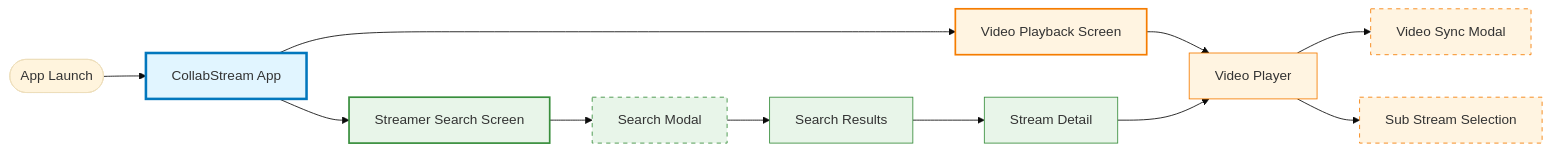
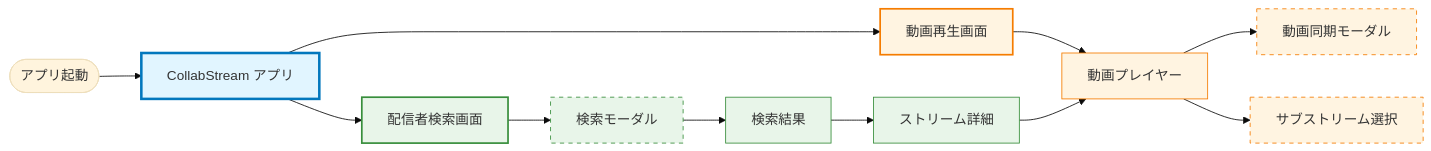
Before and after one commit to saki0000/collab-stream: the diagram in docs/screen-navigation.md, drawn with Mermaid (base theme). The commit also changed other lines of this file and 6 other files, not shown here.

````diff
--- a/docs/screen-navigation.md
+++ b/docs/screen-navigation.md
@@ -11,36 +11,36 @@
 ```mermaid
 graph LR
-    Start([App Launch])
+    Start([アプリ起動])
 
-    Start --> App[CollabStream App]
+    Start --> App[CollabStream アプリ]
 
-    App --> VideoPlayback[Video Playback Screen]
-    App --> StreamerSearch[Streamer Search Screen]
+    App --> VideoPlayback[動画再生画面]
+    App --> StreamerSearch[配信者検索画面]
 
-    %% Video Playback Feature
-    VideoPlayback --> VideoPlayer[Video Player]
-    VideoPlayer --> VideoSync[Video Sync Modal]
-    VideoPlayer --> SubStreamModal[Sub Stream Selection]
+    %% 動画再生機能
+    VideoPlayback --> VideoPlayer[動画プレイヤー]
+    VideoPlayer --> VideoSync[動画同期モーダル]
+    VideoPlayer --> SubStreamModal[サブストリーム選択]
 
-    %% Search Feature
-    StreamerSearch --> SearchModal[Search Modal]
-    SearchModal --> SearchResults[Search Results]
-    SearchResults --> StreamDetail[Stream Detail]
+    %% 検索機能
+    StreamerSearch --> SearchModal[検索モーダル]
+    SearchModal --> SearchResults[検索結果]
+    SearchResults --> StreamDetail[ストリーム詳細]
     StreamDetail --> VideoPlayer
 
-    %% Styling by feature area
+    %% 機能領域別のスタイリング
     style App fill:#e1f5ff,stroke:#0277bd,stroke-width:3px
     style VideoPlayback fill:#fff4e1,stroke:#f57c00,stroke-width:2px
     style StreamerSearch fill:#e8f5e9,stroke:#388e3c,stroke-width:2px
 
     style VideoPlayer fill:#fff4e1,stroke:#f57c00
     style VideoSync fill:#fff4e1,stroke:#f57c00
     style SubStreamModal fill:#fff4e1,stroke:#f57c00
 
     style SearchModal fill:#e8f5e9,stroke:#388e3c
     style SearchResults fill:#e8f5e9,stroke:#388e3c
     style StreamDetail fill:#e8f5e9,stroke:#388e3c
 
     classDef modal fill:#ffe0b2,stroke:#e65100,stroke-dasharray: 5 5
     class VideoSync,SubStreamModal,SearchModal modal
 ```
````
